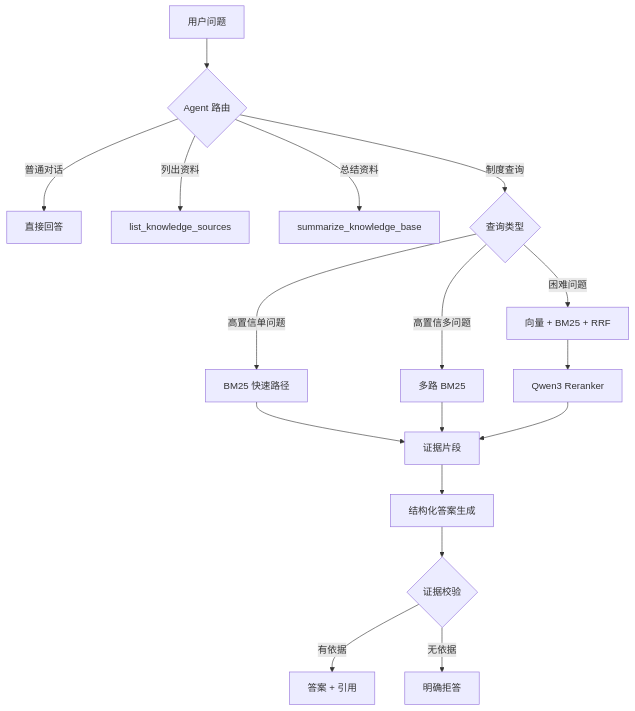
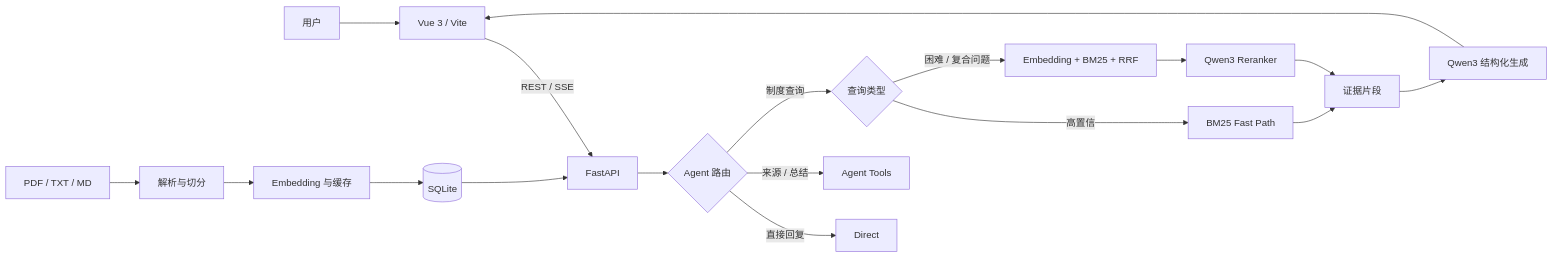
Before and after one commit to sjhesjaj/knowledge-agent: the diagram in README.md, drawn with Mermaid. The commit also changed other lines of this file and 4 other files, not shown here.

````diff
--- a/README.md
+++ b/README.md
@@ -39,19 +32,21 @@
 ```mermaid
-flowchart TD
-    U[用户问题] --> A{Agent 路由}
-    A -->|普通对话| D[直接回答]
-    A -->|列出资料| L[list_knowledge_sources]
-    A -->|总结资料| S[summarize_knowledge_base]
+flowchart LR
+    U[用户] --> V[Vue 3 / Vite]
+    V -->|REST / SSE| F[FastAPI]
+    F --> A{Agent 路由}
+    A -->|直接回复| D[Direct]
+    A -->|来源 / 总结| T[Agent Tools]
     A -->|制度查询| Q{查询类型}
-    Q -->|高置信单问题| B[BM25 快速路径]
-    Q -->|高置信多问题| BM[多路 BM25]
-    Q -->|困难问题| H[向量 + BM25 + RRF]
+    Q -->|高置信| B[BM25 Fast Path]
+    Q -->|困难 / 复合问题| H[Embedding + BM25 + RRF]
     H --> R[Qwen3 Reranker]
-    B --> C[证据片段]
-    BM --> C
-    R --> C
-    C --> G[结构化答案生成]
-    G --> V{证据校验}
-    V -->|有依据| O[答案 + 引用]
-    V -->|无依据| N[明确拒答]
+    B --> E[证据片段]
+    R --> E
+    E --> G[Qwen3 结构化生成]
+    G --> V
+
+    P[PDF / TXT / MD] --> S[解析与切分]
+    S --> I[Embedding 与缓存]
+    I --> DB[(SQLite)]
+    DB --> F
 ```
````
